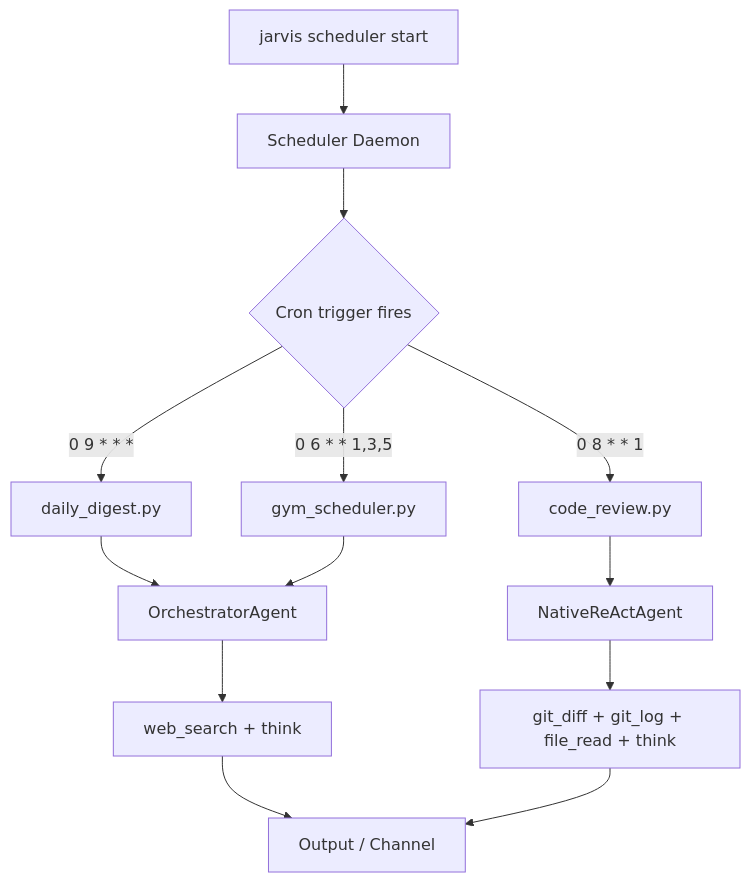
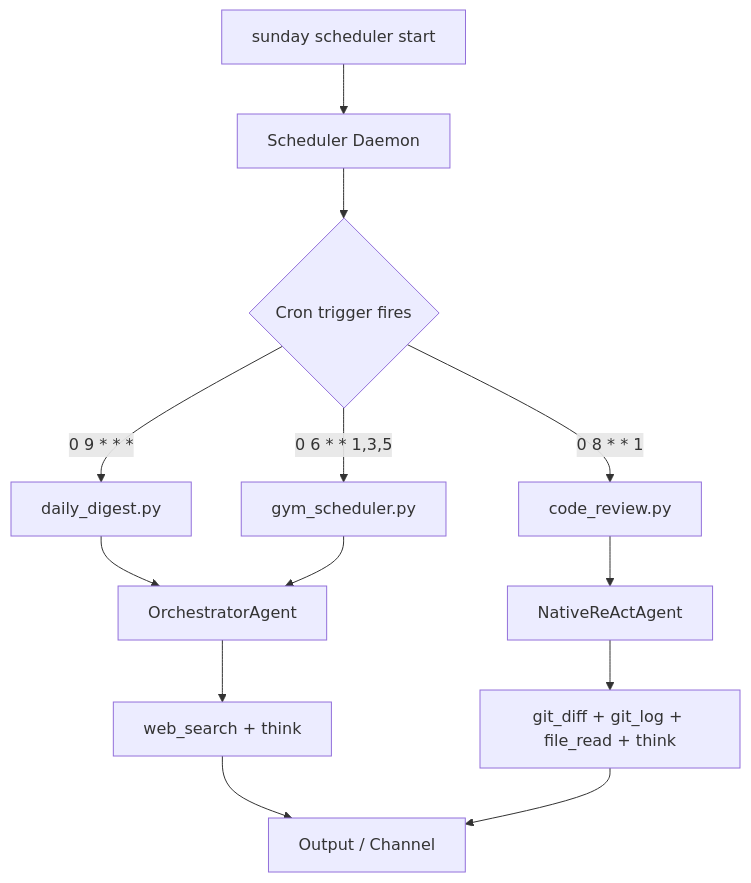
The diagram in docs/tutorials/scheduled-ops.md (kungslowjam/S.U.N.D.A.Y), drawn with Mermaid before and after one commit. The commit also changed other lines of this file and 190 other files, not shown here.

````diff
--- a/docs/tutorials/scheduled-ops.md
+++ b/docs/tutorials/scheduled-ops.md
@@ -50,15 +50,15 @@
 ```mermaid
 graph TD
-    A[jarvis scheduler start] --> B[Scheduler Daemon]
+    A[sunday scheduler start] --> B[Scheduler Daemon]
     B --> C{Cron trigger fires}
     C -->|0 9 * * *| D[daily_digest.py]
     C -->|0 8 * * 1| E[code_review.py]
     C -->|0 6 * * 1,3,5| F[gym_scheduler.py]
     D --> G[OrchestratorAgent]
     E --> H[NativeReActAgent]
     F --> G
     G --> I[web_search + think]
     H --> J[git_diff + git_log + file_read + think]
     I --> K[Output / Channel]
     J --> K
 ```
````
